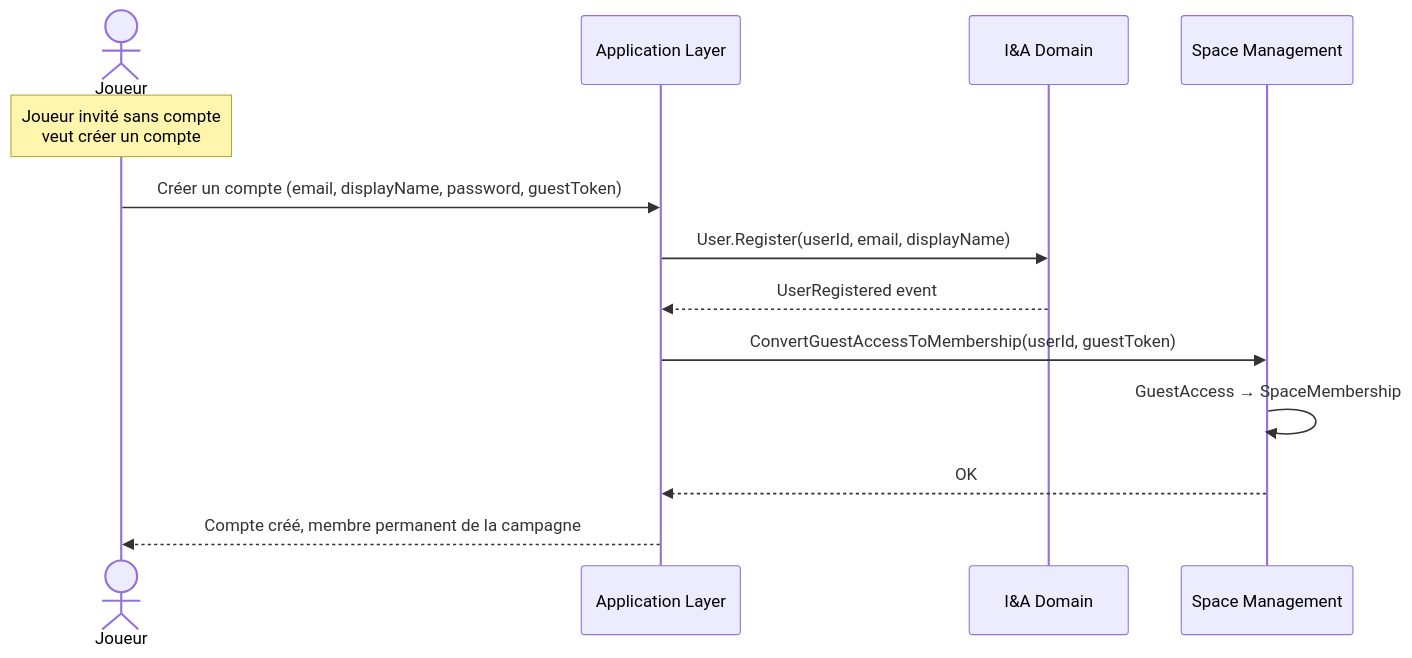
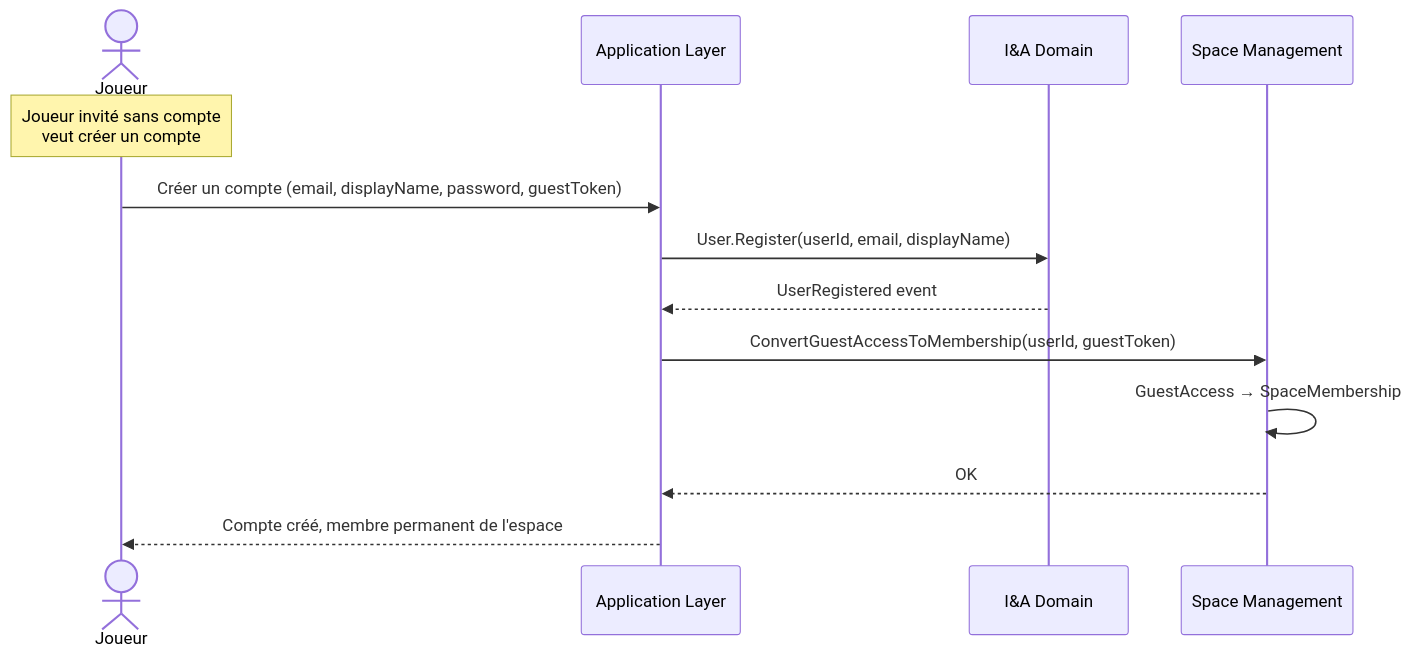
One commit to 2025-10-CDA-ECO-P6/PM-micro-saas changed the sixth of 6 diagrams in docs/conception/domain/diagrams/flows/identity-access.md. Above: the diagram before and after it, drawn with Mermaid. The commit also changed other lines of this file and 68 other files, not shown here.

````diff
--- a/docs/conception/domain/diagrams/flows/identity-access.md
+++ b/docs/conception/domain/diagrams/flows/identity-access.md
@@ -116,16 +116,16 @@
 ```mermaid
 sequenceDiagram
     actor Joueur
     participant App as Application Layer
     participant IA as I&A Domain
-    participant CM as Space Management
+    participant SM as Space Management
 
     Note over Joueur: Joueur invité sans compte<br/>veut créer un compte
     Joueur->>App: Créer un compte (email, displayName, password, guestToken)
     App->>IA: User.Register(userId, email, displayName)
     IA-->>App: UserRegistered event
-    App->>CM: ConvertGuestAccessToMembership(userId, guestToken)
-    CM->>CM: GuestAccess → SpaceMembership
-    CM-->>App: OK
-    App-->>Joueur: Compte créé, membre permanent de la campagne
+    App->>SM: ConvertGuestAccessToMembership(userId, guestToken)
+    SM->>SM: GuestAccess → SpaceMembership
+    SM-->>App: OK
+    App-->>Joueur: Compte créé, membre permanent de l'espace
 ```
````
